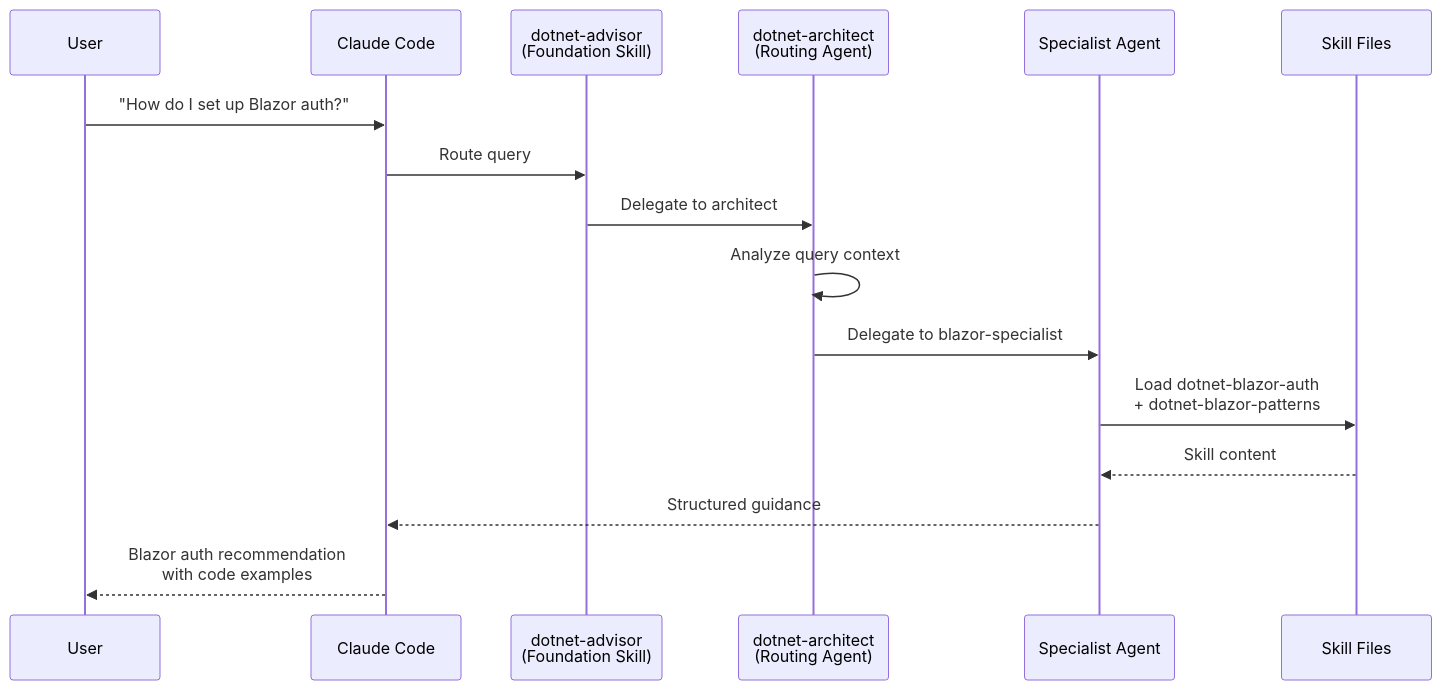
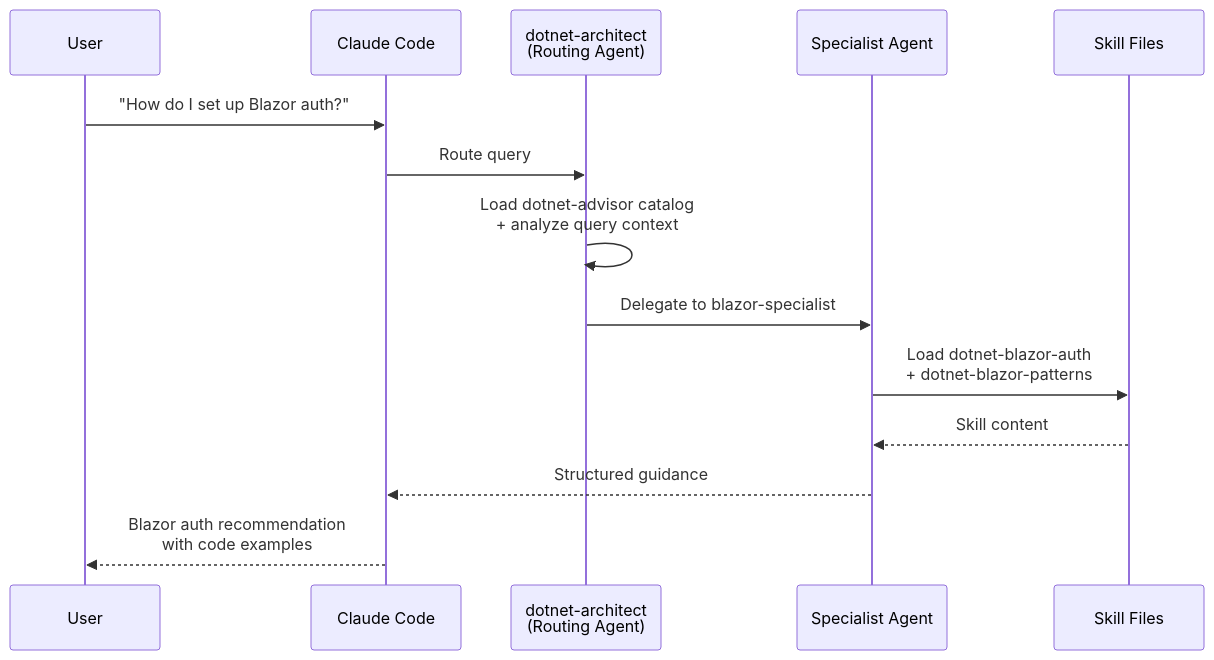
One commit to novotnyllc/dotnet-marketplace changed the second of 2 diagrams in README.md. Above: the diagram before and after it, drawn with Mermaid. The commit also changed other lines of this file and 1 other file, not shown here.

Commit message:
fix(docs): address review feedback in README.md
- Fix agent delegation sequence diagram: remove dotnet-advisor as
  intermediary router (it's a skill loaded BY dotnet-architect, not
  a routing layer above it)
- Correct cross-agent section: hooks are omitted for unsupported
  platforms, not rewritten (matching actual generate_dist.py behavior)
- Add note that installation syntax may evolve with plugin system

````diff
--- a/README.md
+++ b/README.md
@@ -145,19 +145,17 @@
 ```mermaid
 sequenceDiagram
     participant User
     participant Claude as Claude Code
-    participant Advisor as dotnet-advisor<br/>(Foundation Skill)
     participant Router as dotnet-architect<br/>(Routing Agent)
     participant Specialist as Specialist Agent
     participant Skills as Skill Files
 
     User->>Claude: "How do I set up Blazor auth?"
-    Claude->>Advisor: Route query
-    Advisor->>Router: Delegate to architect
-    Router->>Router: Analyze query context
+    Claude->>Router: Route query
+    Router->>Router: Load dotnet-advisor catalog<br/>+ analyze query context
     Router->>Specialist: Delegate to blazor-specialist
     Specialist->>Skills: Load dotnet-blazor-auth<br/>+ dotnet-blazor-patterns
     Skills-->>Specialist: Skill content
     Specialist-->>Claude: Structured guidance
     Claude-->>User: Blazor auth recommendation<br/>with code examples
 ```
````
